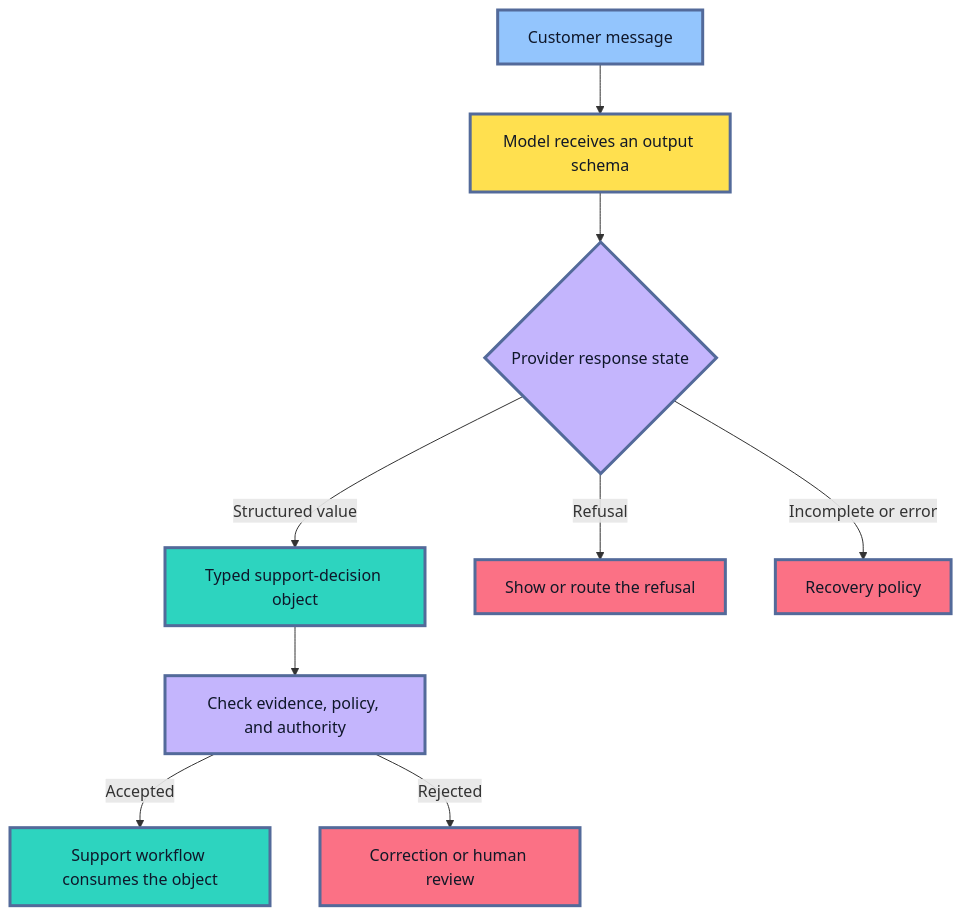
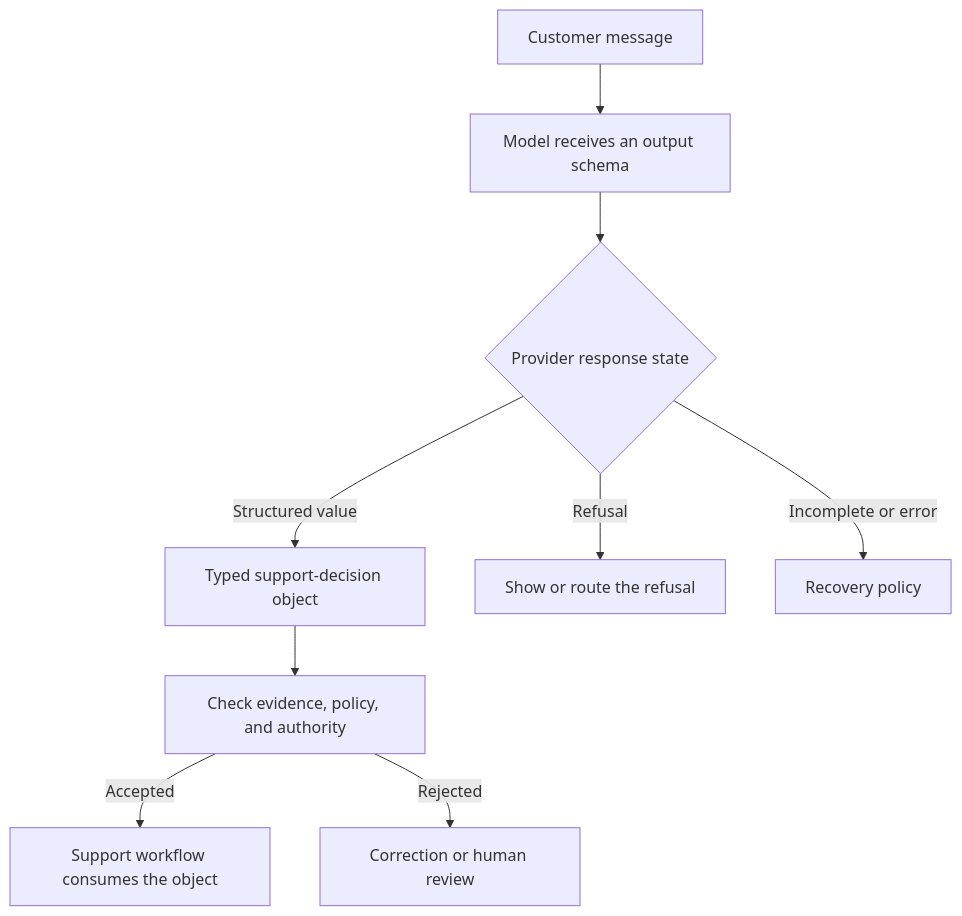
One commit to senlinyy/dev-roadmaps changed the first of 9 diagrams in roadmaps/mlops/modules/llmops/llm-app-foundations/02-structured-outputs.md. Above: the diagram before and after it, drawn with Mermaid. The commit also changed other lines of this file and 152 other files, not shown here.

Commit message:
feat: mlops and diagrams updated

````diff
--- a/roadmaps/mlops/modules/llmops/llm-app-foundations/02-structured-outputs.md
+++ b/roadmaps/mlops/modules/llmops/llm-app-foundations/02-structured-outputs.md
@@ -51,22 +51,17 @@
 ```mermaid
 flowchart TD
     A["Customer message"] --> B["Model receives an output schema"]
     B --> C{"Provider response state"}
     C -->|"Structured value"| D["Typed support-decision object"]
     C -->|"Refusal"| E["Show or route the refusal"]
     C -->|"Incomplete or error"| F["Recovery policy"]
     D --> G["Check evidence, policy, and authority"]
     G -->|"Accepted"| H["Support workflow consumes the object"]
     G -->|"Rejected"| I["Correction or human review"]
 
-    classDef input fill:#93C5FD,stroke:#536A9A,stroke-width:3px,color:#0F172A
-    classDef model fill:#FFE04F,stroke:#536A9A,stroke-width:3px,color:#111827
-    classDef gate fill:#C4B5FD,stroke:#536A9A,stroke-width:3px,color:#0F172A
-    classDef good fill:#2DD4BF,stroke:#536A9A,stroke-width:3px,color:#0F172A
-    classDef stop fill:#FB7185,stroke:#536A9A,stroke-width:3px,color:#111827
     class A input
     class B model
     class C,G gate
     class D,H good
     class E,F,I stop
 ```
````
